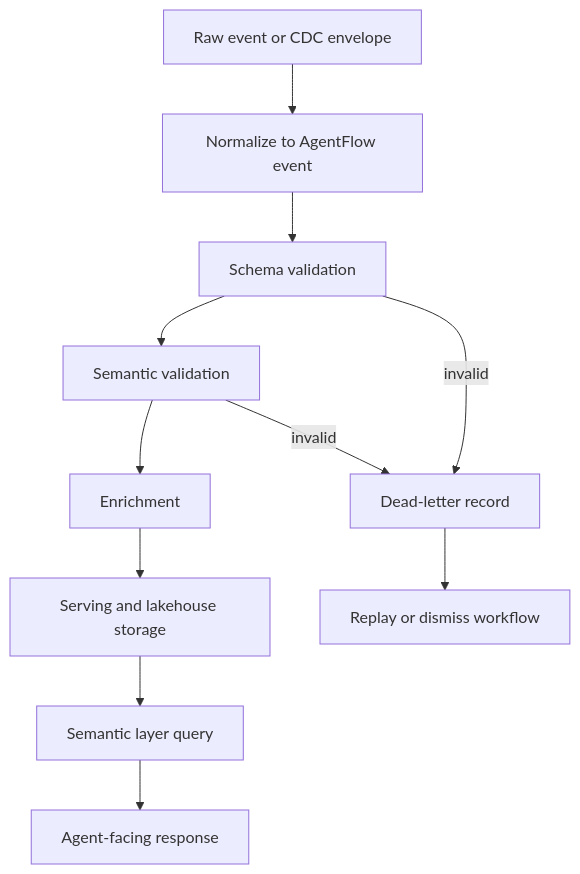
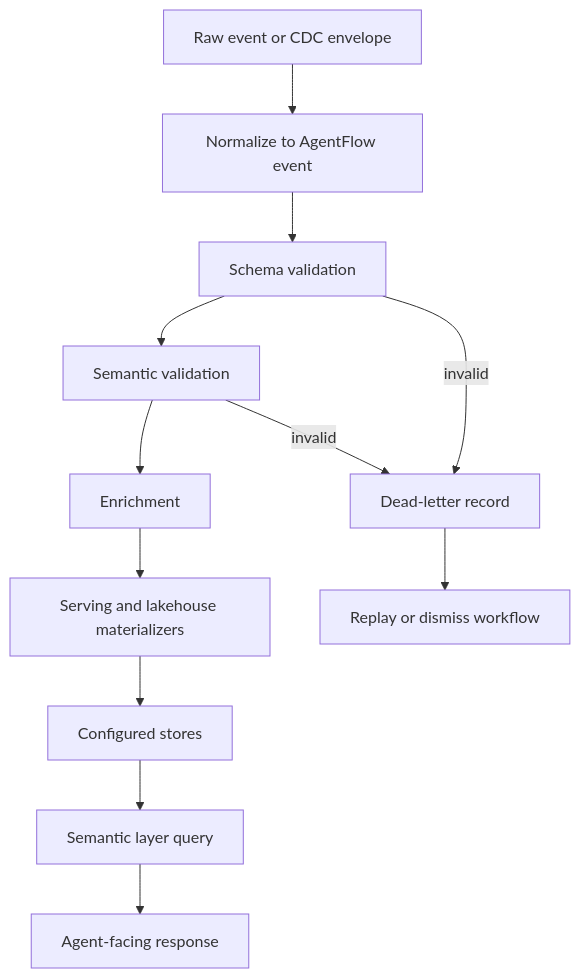
The third of 5 diagrams in docs/architecture/index.md (brownjuly2003-code/agentflow), drawn with Mermaid before and after one commit. The commit also changed other lines of this file and 3 other files, not shown here.

Commit message:
docs: separate architecture walkthrough and reference

````diff
--- a/docs/architecture/index.md
+++ b/docs/architecture/index.md
@@ -83,13 +96,14 @@
 ```mermaid
 flowchart TD
     raw["Raw event or CDC envelope"] --> normalize["Normalize to AgentFlow event"]
     normalize --> schema["Schema validation"]
     schema --> semantic["Semantic validation"]
     semantic --> enrich["Enrichment"]
-    enrich --> store["Serving and lakehouse storage"]
+    enrich --> materialize["Serving and lakehouse materializers"]
+    materialize --> store["Configured stores"]
     store --> query["Semantic layer query"]
     query --> response["Agent-facing response"]
     schema -->|"invalid"| deadletter["Dead-letter record"]
     semantic -->|"invalid"| deadletter
     deadletter --> replay["Replay or dismiss workflow"]
 ```
````
